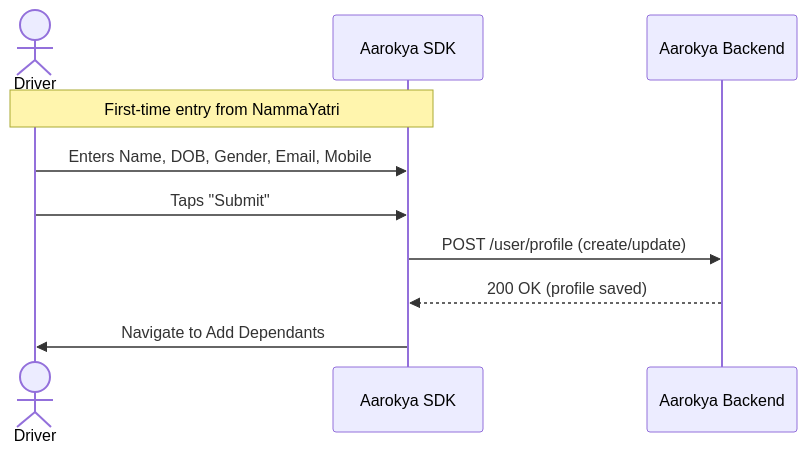
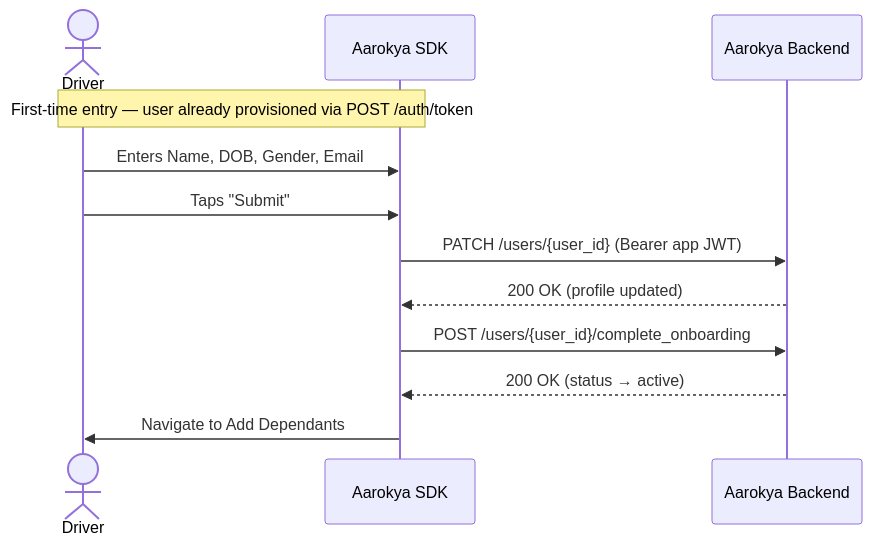
Before and after one commit to anu19981/aarokya-backend: the second of 11 diagrams in api-reference/architecture/screen-flows.mdx, drawn with Mermaid. The commit also changed other lines of this file and 82 other files, not shown here.

Commit message:
sync: update api-reference from aarokya-agentic-app

````diff
--- a/api-reference/architecture/screen-flows.mdx
+++ b/api-reference/architecture/screen-flows.mdx
@@ -48,13 +47,15 @@
 ```mermaid
 sequenceDiagram
     actor Driver
     participant App as Aarokya SDK
     participant API as Aarokya Backend
 
-    Note over Driver,App: First-time entry from NammaYatri
-    Driver->>App: Enters Name, DOB, Gender, Email, Mobile
+    Note over Driver,App: First-time entry — user already provisioned via POST /auth/token
+    Driver->>App: Enters Name, DOB, Gender, Email
     Driver->>App: Taps "Submit"
-    App->>API: POST /user/profile (create/update)
-    API-->>App: 200 OK (profile saved)
+    App->>API: PATCH /users/{user_id} (Bearer app JWT)
+    API-->>App: 200 OK (profile updated)
+    App->>API: POST /users/{user_id}/complete_onboarding
+    API-->>App: 200 OK (status → active)
     App->>Driver: Navigate to Add Dependants
 ```
````
